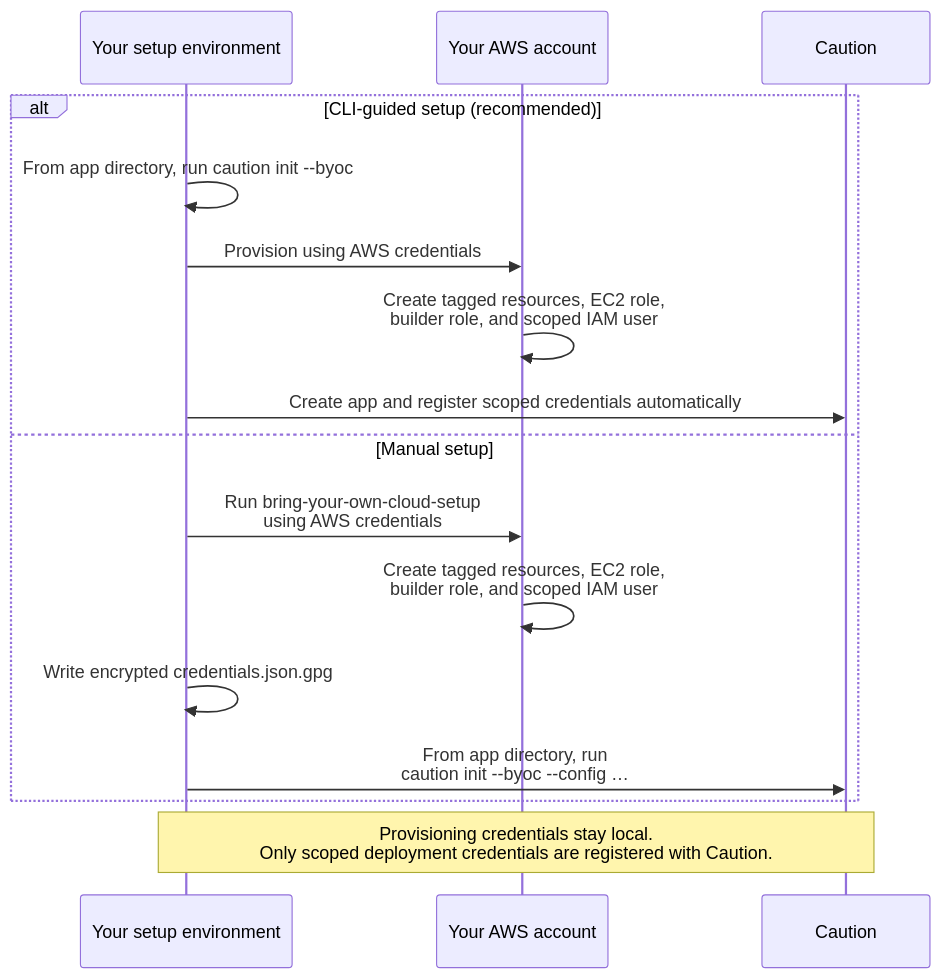
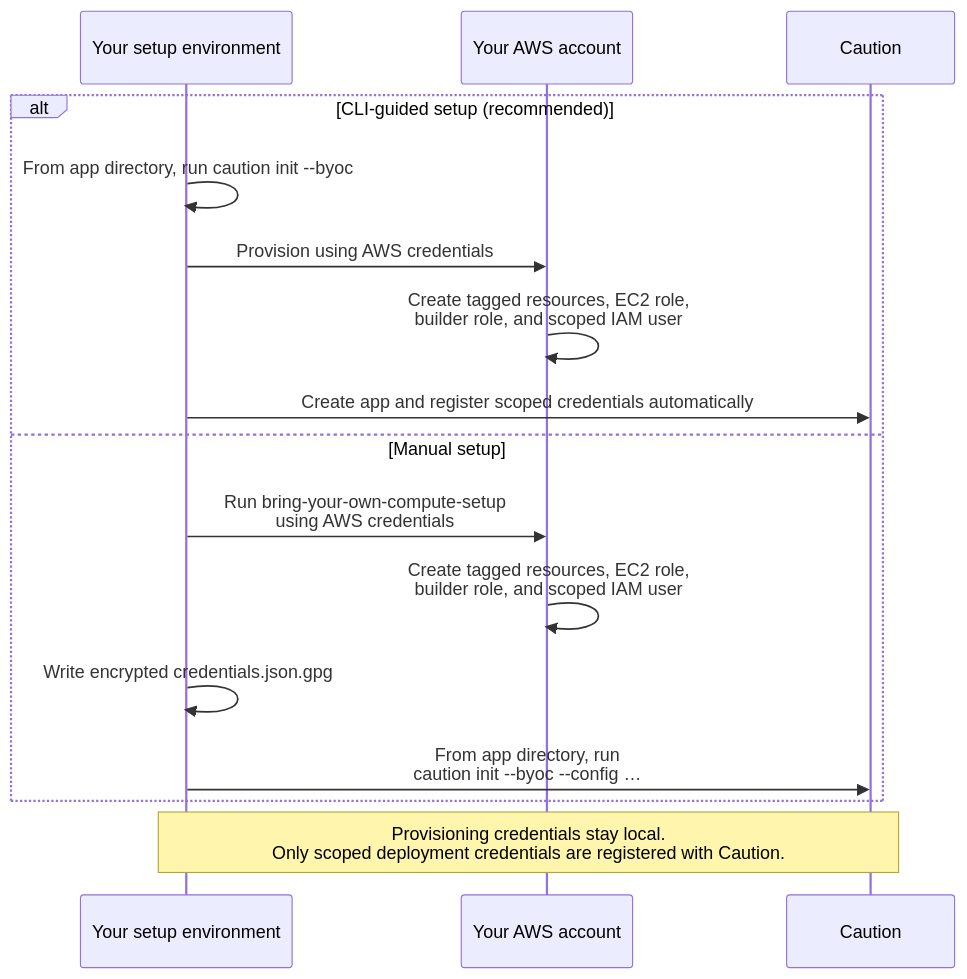
One commit to CautionHosting/docs changed the diagram in docs/quickstart/byoc.md. Above: the diagram before and after it, drawn with Mermaid. The commit also changed other lines of this file and 16 other files, not shown here.

````diff
--- a/docs/quickstart/byoc.md
+++ b/docs/quickstart/byoc.md
@@ -110,20 +110,20 @@
 ```mermaid
 sequenceDiagram
     participant Local as Your setup environment
     participant Aws as Your AWS account
     participant Caution
 
     alt CLI-guided setup (recommended)
         Local->>Local: From app directory, run caution init --byoc
         Local->>Aws: Provision using AWS credentials
         Aws->>Aws: Create tagged resources, EC2 role,<br/>builder role, and scoped IAM user
         Local->>Caution: Create app and register scoped credentials automatically
     else Manual setup
-        Local->>Aws: Run bring-your-own-cloud-setup<br/>using AWS credentials
+        Local->>Aws: Run bring-your-own-compute-setup<br/>using AWS credentials
         Aws->>Aws: Create tagged resources, EC2 role,<br/>builder role, and scoped IAM user
         Local->>Local: Write encrypted credentials.json.gpg
         Local->>Caution: From app directory, run<br/>caution init --byoc --config …
     end
 
     Note over Local,Caution: Provisioning credentials stay local.<br/>Only scoped deployment credentials are registered with Caution.
 ```
````
